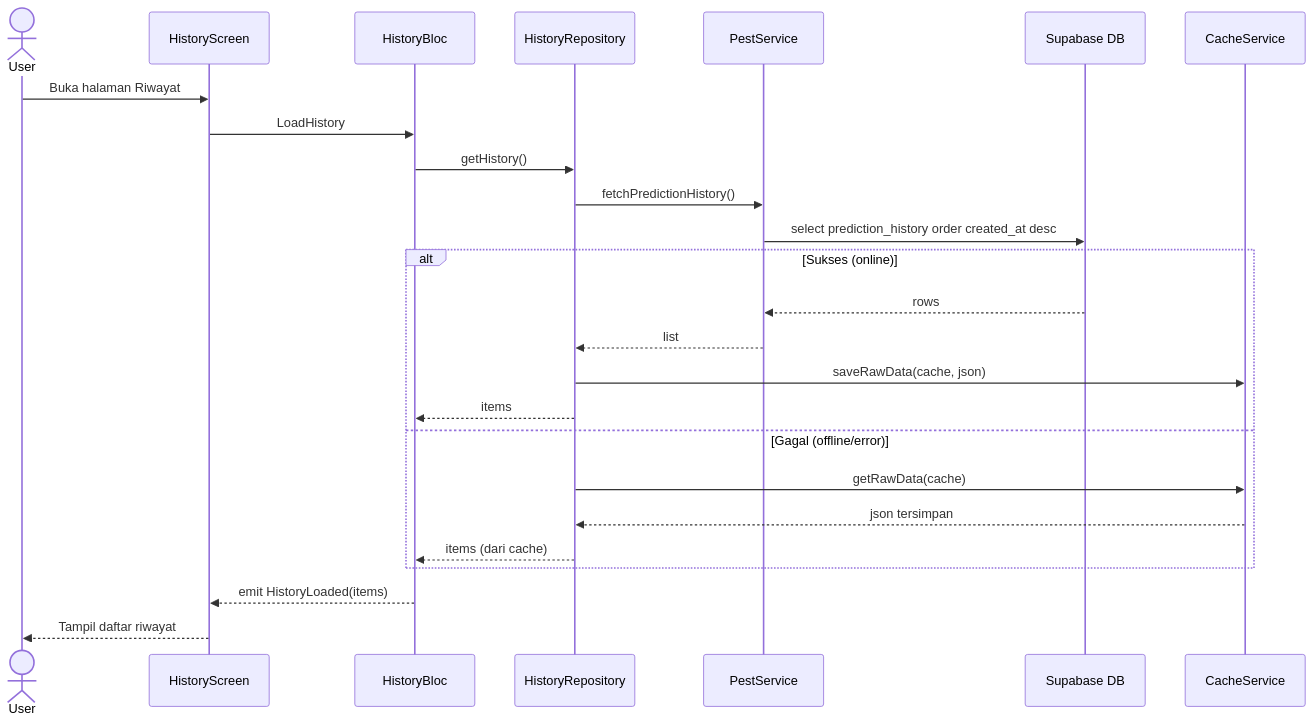
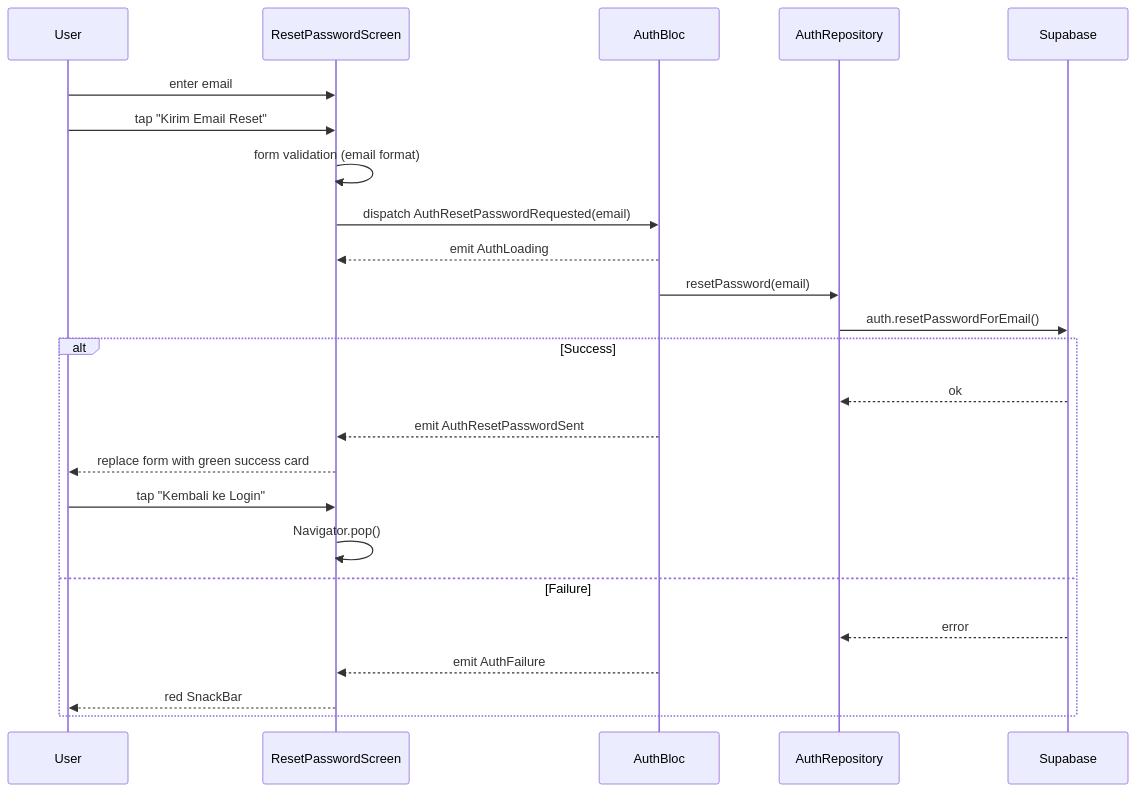
Before and after one commit to AffanShz/Petani-Maju-V.2: the fourth of 14 diagrams in docs/SEQUENCE_DIAGRAM.md, drawn with Mermaid. The commit also changed other lines of this file and 2 other files, not shown here.

Commit message:
docs: update system architecture and activity diagrams

````diff
--- a/docs/SEQUENCE_DIAGRAM.md
+++ b/docs/SEQUENCE_DIAGRAM.md
@@ -114,30 +158,27 @@
 ```mermaid
 sequenceDiagram
-    actor User
-    participant UI as HistoryScreen
-    participant Bloc as HistoryBloc
-    participant Repo as HistoryRepository
-    participant Pest as PestService
-    participant DB as Supabase DB
-    participant Cache as CacheService
+    participant U as User
+    participant RPS as ResetPasswordScreen
+    participant AuthB as AuthBloc
+    participant AR as AuthRepository
+    participant SB as Supabase
 
-    User->>UI: Buka halaman Riwayat
-    UI->>Bloc: LoadHistory
-    Bloc->>Repo: getHistory()
-    Repo->>Pest: fetchPredictionHistory()
-    Pest->>DB: select prediction_history order created_at desc
-
-    alt Sukses (online)
-        DB-->>Pest: rows
-        Pest-->>Repo: list
-        Repo->>Cache: saveRawData(cache, json)
-        Repo-->>Bloc: items
-    else Gagal (offline/error)
-        Repo->>Cache: getRawData(cache)
-        Cache-->>Repo: json tersimpan
-        Repo-->>Bloc: items (dari cache)
+    U->>RPS: enter email
+    U->>RPS: tap "Kirim Email Reset"
+    RPS->>RPS: form validation (email format)
+    RPS->>AuthB: dispatch AuthResetPasswordRequested(email)
+    AuthB-->>RPS: emit AuthLoading
+    AuthB->>AR: resetPassword(email)
+    AR->>SB: auth.resetPasswordForEmail()
+    alt Success
+        SB-->>AR: ok
+        AuthB-->>RPS: emit AuthResetPasswordSent
+        RPS-->>U: replace form with green success card
+        U->>RPS: tap "Kembali ke Login"
+        RPS->>RPS: Navigator.pop()
+    else Failure
+        SB-->>AR: error
+        AuthB-->>RPS: emit AuthFailure
+        RPS-->>U: red SnackBar
     end
-
-    Bloc-->>UI: emit HistoryLoaded(items)
-    UI-->>User: Tampil daftar riwayat
 ```
````
